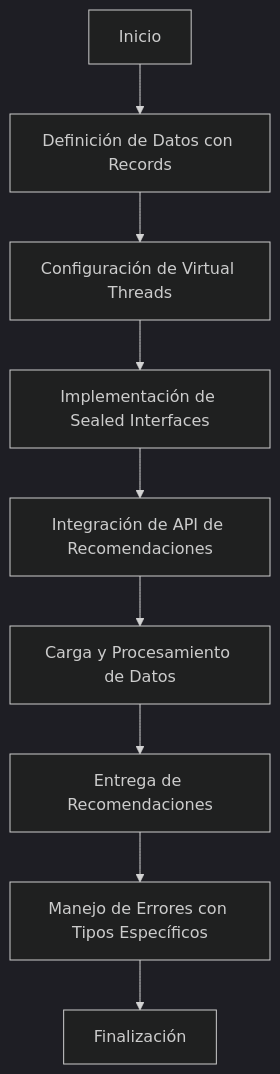
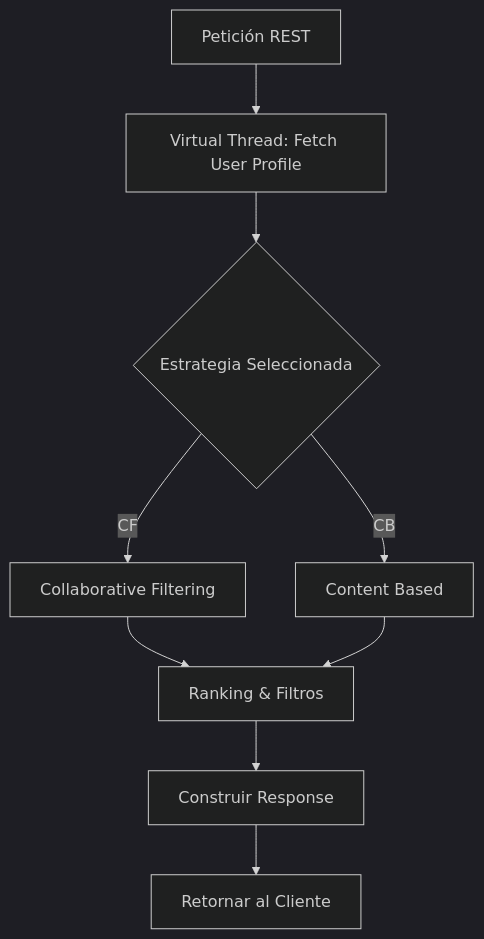
One commit to Joaquinriosheredia/DAM-Java-Mastery changed the third of 7 diagrams in _Review/arquitectura_para_sistemas_de_recomendacion/arquitectura_para_sistemas_de_recomendacion.md. Above: the diagram before and after it, drawn with Mermaid (dark theme). The commit also changed other lines of this file, not shown here.

Commit message:
Arquitectura para Sistemas de Recomendación con Java 21

````diff
--- a/_Review/arquitectura_para_sistemas_de_recomendacion/arquitectura_para_sistemas_de_recomendacion.md
+++ b/_Review/arquitectura_para_sistemas_de_recomendacion/arquitectura_para_sistemas_de_recomendacion.md
@@ -214,11 +185,11 @@
 ```mermaid
 graph TD
-    A[Inicio] --> B[Definición de Datos con Records]
-    B --> C[Configuración de Virtual Threads]
-    C --> D[Implementación de Sealed Interfaces]
-    D --> E[Integración de API de Recomendaciones]
-    E --> F[Carga y Procesamiento de Datos]
-    F --> G[Entrega de Recomendaciones]
-    G --> H[Manejo de Errores con Tipos Específicos]
-    H --> I[Finalización]
+    A[Petición REST] --> B[Virtual Thread: Fetch User Profile]
+    B --> C{Estrategia Seleccionada}
+    C -->|CF| D[Collaborative Filtering]
+    C -->|CB| E[Content Based]
+    D --> F[Ranking & Filtros]
+    E --> F
+    F --> G[Construir Response]
+    G --> H[Retornar al Cliente]
 ```
````
